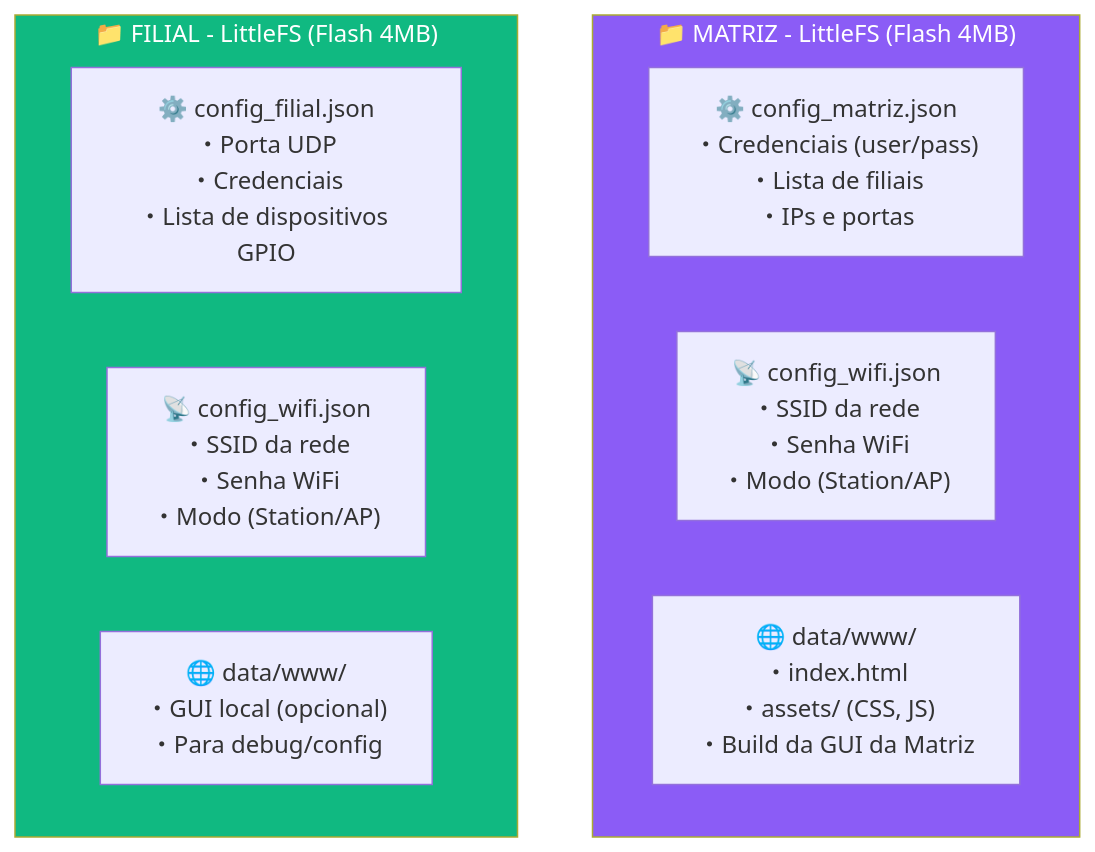
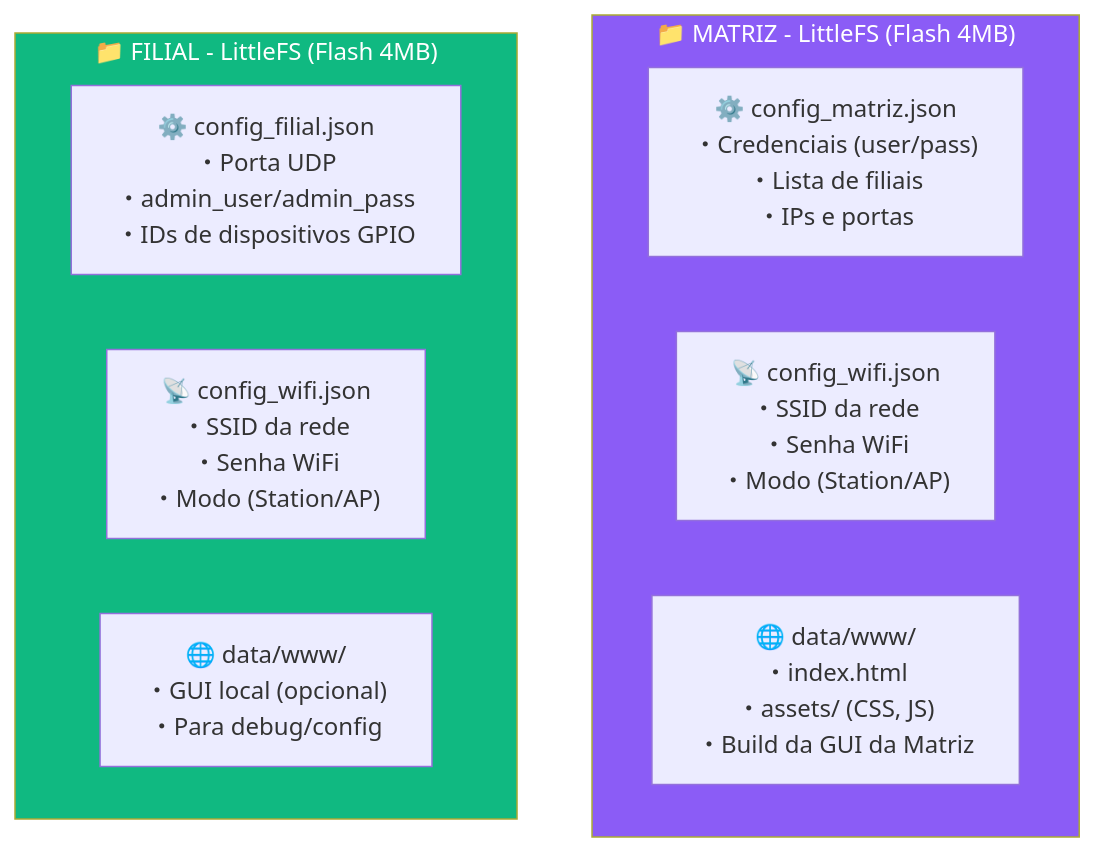
Diagram 16 of 16 in docs/02-arquitetura.md (gugacarbo/UDP-IOT-Redes-AV3-3), drawn with Mermaid before and after one commit. The commit also changed other lines of this file and 112 other files, not shown here.

````diff
--- a/docs/02-arquitetura.md
+++ b/docs/02-arquitetura.md
@@ -945,17 +946,17 @@
 ```mermaid
 graph TB
     subgraph MatrizFiles["📁 MATRIZ - LittleFS (Flash 4MB)"]
       M1["⚙️ config_matriz.json<br/>・Credenciais (user/pass)<br/>・Lista de filiais<br/>・IPs e portas"]
         M2["📡 config_wifi.json<br/>・SSID da rede<br/>・Senha WiFi<br/>・Modo (Station/AP)"]
       M3["🌐 data/www/<br/>・index.html<br/>・assets/ (CSS, JS)<br/>・Build da GUI da Matriz"]
     end
 
     subgraph FilialFiles["📁 FILIAL - LittleFS (Flash 4MB)"]
-        F1["⚙️ config_filial.json<br/>・Porta UDP<br/>・Credenciais<br/>・Lista de dispositivos GPIO"]
+        F1["⚙️ config_filial.json<br/>・Porta UDP<br/>・admin_user/admin_pass<br/>・IDs de dispositivos GPIO"]
         F2["📡 config_wifi.json<br/>・SSID da rede<br/>・Senha WiFi<br/>・Modo (Station/AP)"]
         F3["🌐 data/www/<br/>・GUI local (opcional)<br/>・Para debug/config"]
     end
 
     style MatrizFiles fill:#8b5cf6,color:#fff
     style FilialFiles fill:#10b981,color:#fff
 ```
````
